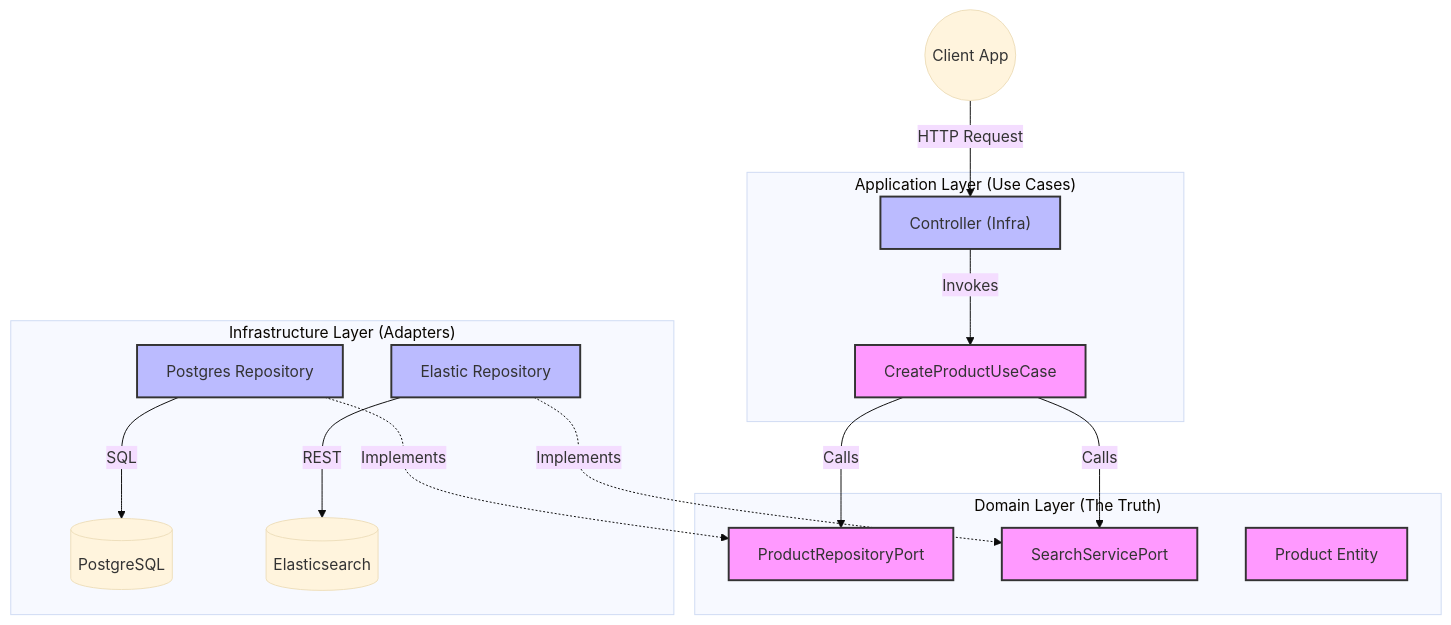
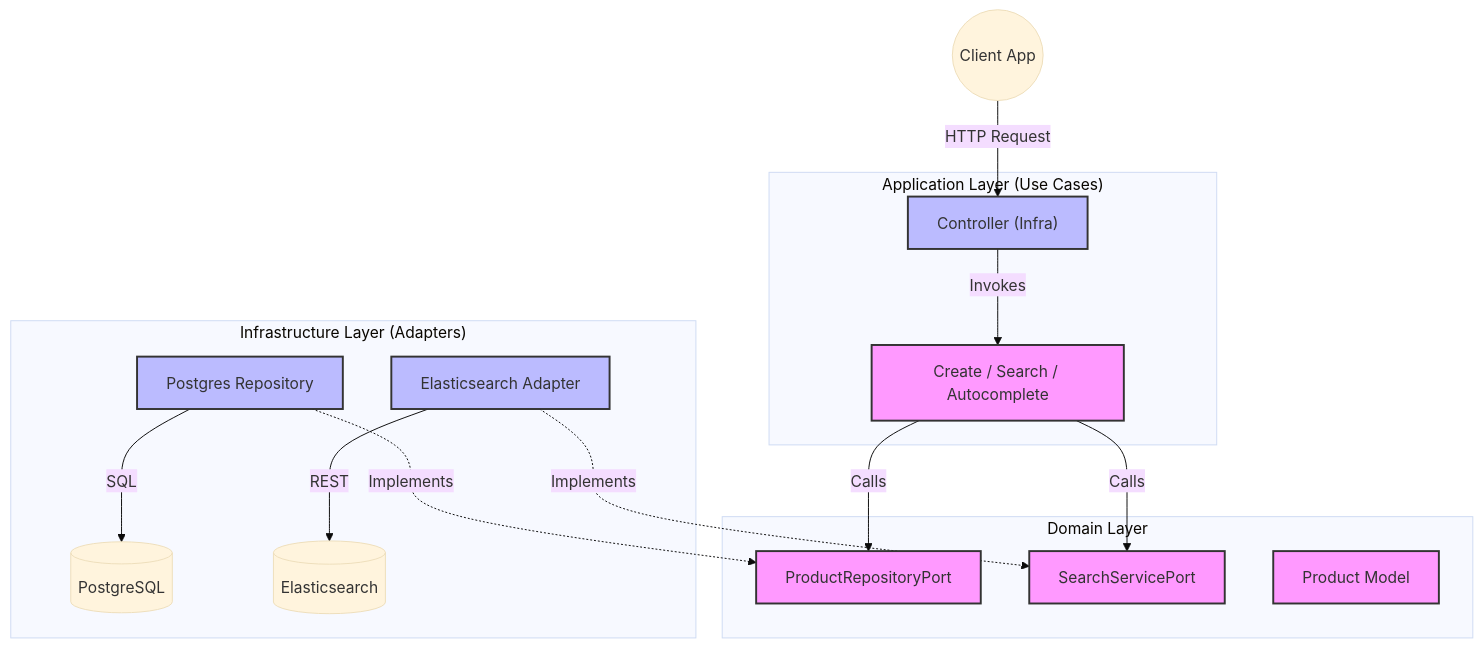
Before and after one commit to AngelPenalver/Backend-Technical-Challenge-Advanced-Search-System: the diagram in README.md, drawn with Mermaid (base theme). The commit also changed other lines of this file and 2 other files, not shown here.

````diff
--- a/README.md
+++ b/README.md
@@ -27,29 +35,28 @@
 ```mermaid
 graph TD
     Client(("Client App")) -->|HTTP Request| Controller["Controller (Infra)"]
-    
+
     subgraph "Application Layer (Use Cases)"
-        Controller -->|Invokes| UseCase["CreateProductUseCase"]
+        Controller -->|Invokes| UseCase["Create / Search / Autocomplete"]
     end
-    
-    subgraph "Domain Layer (The Truth)"
+
+    subgraph "Domain Layer"
         UseCase -->|Calls| PortRepo["ProductRepositoryPort"]
         UseCase -->|Calls| PortSearch["SearchServicePort"]
-        Model["Product Entity"]
+        Model["Product Model"]
     end
-    
+
     subgraph "Infrastructure Layer (Adapters)"
         RepoAdapter["Postgres Repository"] -.->|Implements| PortRepo
-        SearchAdapter["Elastic Repository"] -.->|Implements| PortSearch
-    
+        SearchAdapter["Elasticsearch Adapter"] -.->|Implements| PortSearch
+
         RepoAdapter -->|SQL| DB[("PostgreSQL")]
         SearchAdapter -->|REST| Elastic[("Elasticsearch")]
     end
-    
+
     classDef domain fill:#f9f,stroke:#333,stroke-width:2px;
     classDef infra fill:#bbf,stroke:#333,stroke-width:2px;
-    classDef app fill:#e1f7d5,stroke:#333,stroke-width:2px;
-    
+
     class UseCase,PortRepo,PortSearch,Model domain;
     class Controller,RepoAdapter,SearchAdapter infra;
 ```
````
